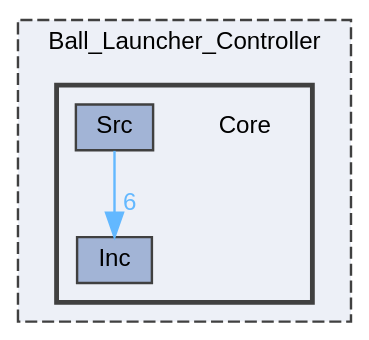
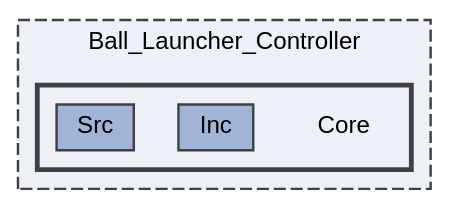
One commit to vvinhvvo98/Basketball-Launcher changed the diagram in docs/dir_3bbab98ef2025f84866ee15d6a34516b_dep.dot. Above: the diagram before and after it, drawn with Graphviz. The commit also changed 119 other files, not shown here.

```diff
--- a/docs/dir_3bbab98ef2025f84866ee15d6a34516b_dep.dot
+++ b/docs/dir_3bbab98ef2025f84866ee15d6a34516b_dep.dot
@@ -1,18 +1,17 @@
 digraph "Ball_Launcher_Controller/Core"
 {
  // LATEX_PDF_SIZE
   bgcolor="transparent";
   edge [fontname=Helvetica,fontsize=10,labelfontname=Helvetica,labelfontsize=10];
   node [fontname=Helvetica,fontsize=10,shape=box,height=0.2,width=0.4];
   compound=true
   subgraph clusterdir_a32e220f89ab7609f232780d068ad339 {
     graph [ bgcolor="#edf0f7", pencolor="grey25", label="Ball_Launcher_Controller", fontname=Helvetica,fontsize=10 style="filled,dashed", URL="dir_a32e220f89ab7609f232780d068ad339.html",tooltip=""]
   subgraph clusterdir_3bbab98ef2025f84866ee15d6a34516b {
     graph [ bgcolor="#edf0f7", pencolor="grey25", label="", fontname=Helvetica,fontsize=10 style="filled,bold", URL="dir_3bbab98ef2025f84866ee15d6a34516b.html",tooltip=""]
     dir_3bbab98ef2025f84866ee15d6a34516b [shape=plaintext, label="Core"];
   dir_f63d1d19b1344f6eb6e4bb6cdb2a585f [label="Inc", fillcolor="#a2b4d6", color="grey25", style="filled", URL="dir_f63d1d19b1344f6eb6e4bb6cdb2a585f.html",tooltip=""];
   dir_5f0bd777afe5046ac2fdac207f53c90f [label="Src", fillcolor="#a2b4d6", color="grey25", style="filled", URL="dir_5f0bd777afe5046ac2fdac207f53c90f.html",tooltip=""];
   }
   }
-  dir_5f0bd777afe5046ac2fdac207f53c90f->dir_f63d1d19b1344f6eb6e4bb6cdb2a585f [headlabel="6", labeldistance=1.5 headhref="dir_000004_000002.html" href="dir_000004_000002.html" color="steelblue1" fontcolor="steelblue1"];
 }
```
